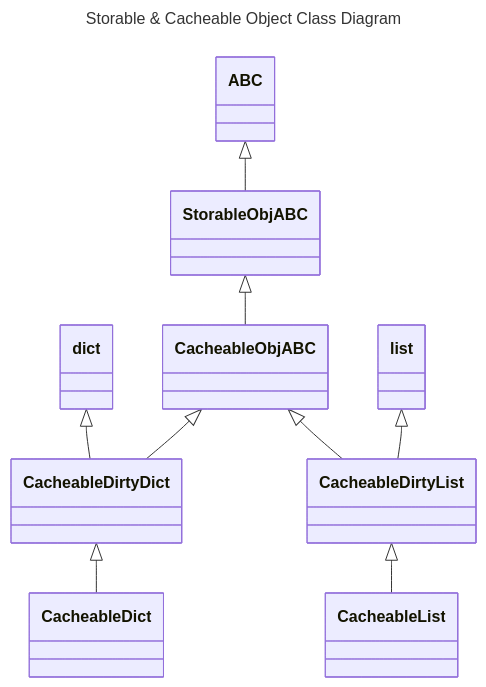
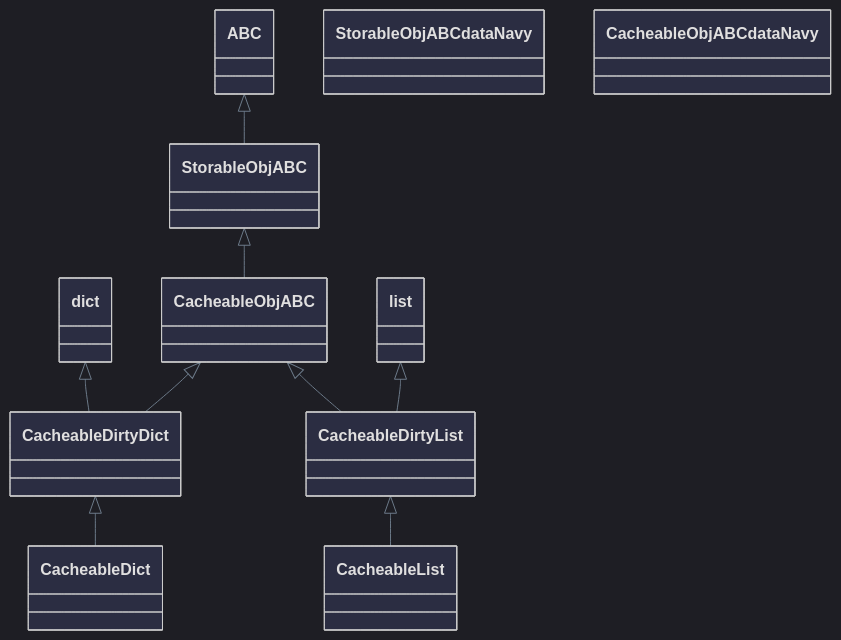
Before and after one commit to Shapedsundew9/erasmus-gp: the third of 5 diagrams in docs/components/storage/stores.md, drawn with Mermaid. The commit also changed other lines of this file and 21 other files, not shown here.

First line of the commit message:
Enhance Mermaid Diagrams and Color Consistency Across Documentation

````diff
--- a/docs/components/storage/stores.md
+++ b/docs/components/storage/stores.md
@@ -75,14 +94,19 @@
 ```mermaid
----
-title: Storable & Cacheable Object Class Diagram
----
+%%{init: { 'theme': 'dark', 'themeVariables': { 'lineColor': '#6c7a89', 'textColor': '#edf2f4', 'mainBkg': '#2b2d42', 'primaryBorderColor': '#4a4e69' }}}%%
 classDiagram
+    %% Base/Default (Dark Slate)
+    classDef default fill:#2b2d42,stroke:#4a4e69,stroke-width:2px,color:#edf2f4
+    classDef dataNavy fill:#2c3e50,stroke:#4a5c6e,stroke-width:2px,color:#ffffff
+
     ABC <|-- StorableObjABC
     StorableObjABC <|-- CacheableObjABC
     dict <|-- CacheableDirtyDict
     CacheableObjABC <|-- CacheableDirtyDict
     CacheableObjABC <|-- CacheableDirtyList
     list <|-- CacheableDirtyList
     CacheableDirtyDict <|-- CacheableDict
     CacheableDirtyList <|-- CacheableList
+
+    class StorableObjABC dataNavy
+    class CacheableObjABC dataNavy
 ```
````
